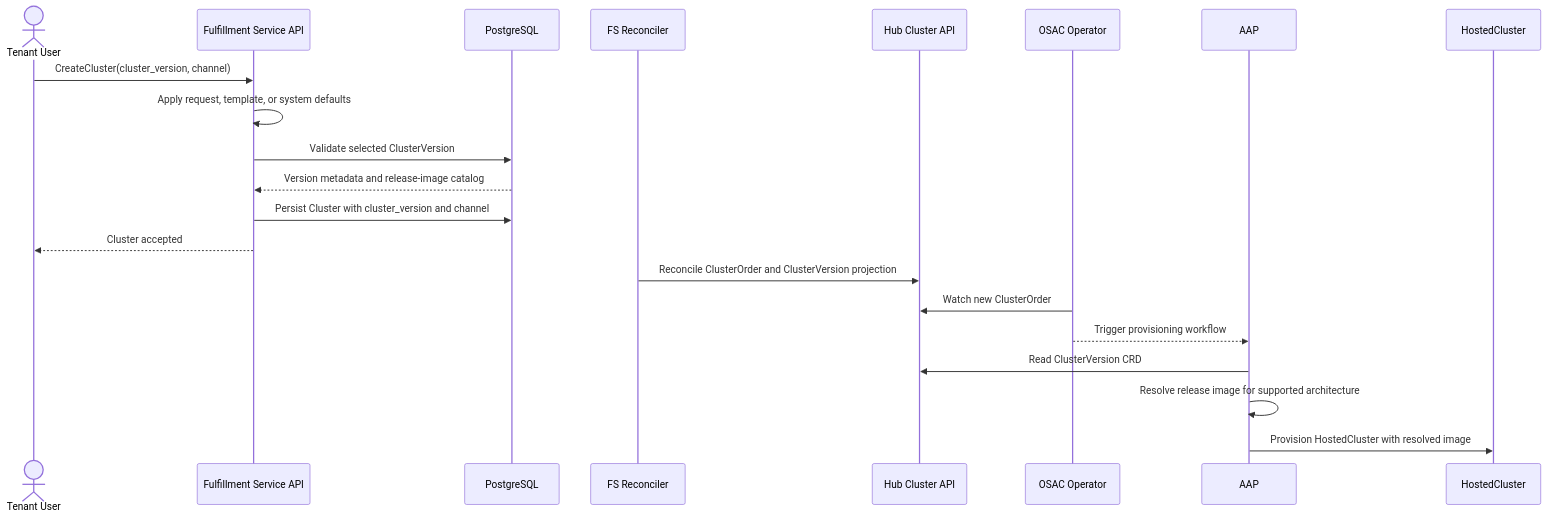
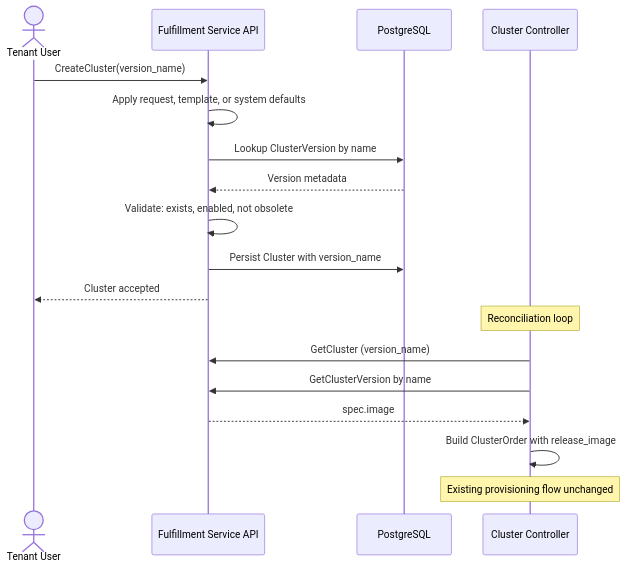
Before and after one commit to osac-project/enhancement-proposals: the first of 2 diagrams in enhancements/cluster-version-api/README.md, drawn with Mermaid. The commit also changed other lines of this file and 1 other file, not shown here.

Commit message:
OSAC-1269: update design and PRD for review feedback

````diff
--- a/enhancements/cluster-version-api/README.md
+++ b/enhancements/cluster-version-api/README.md
@@ -98,24 +75,22 @@
 ```mermaid
 sequenceDiagram
     actor User as Tenant User
-    participant FS as Fulfillment Service API
+    participant API as Fulfillment Service API
     participant DB as PostgreSQL
-    participant Rec as FS Reconciler
-    participant Hub as Hub Cluster API
-    participant Op as OSAC Operator
-    participant AAP as AAP
-    participant HC as HostedCluster
+    participant Ctrl as Cluster Controller
 
-    User->>FS: CreateCluster(cluster_version, channel)
-    FS->>FS: Apply request, template, or system defaults
-    FS->>DB: Validate selected ClusterVersion
-    DB-->>FS: Version metadata and release-image catalog
-    FS->>DB: Persist Cluster with cluster_version and channel
-    FS-->>User: Cluster accepted
-    Rec->>Hub: Reconcile ClusterOrder and ClusterVersion projection
-    Op->>Hub: Watch new ClusterOrder
-    Op-->>AAP: Trigger provisioning workflow
-    AAP->>Hub: Read ClusterVersion CRD
-    AAP->>AAP: Resolve release image for supported architecture
-    AAP->>HC: Provision HostedCluster with resolved image
+    User->>API: CreateCluster(version_name)
+    API->>API: Apply request, template, or system defaults
+    API->>DB: Lookup ClusterVersion by name
+    DB-->>API: Version metadata
+    API->>API: Validate: exists, enabled, not obsolete
+    API->>DB: Persist Cluster with version_name
+    API-->>User: Cluster accepted
+
+    Note over Ctrl: Reconciliation loop
+    Ctrl->>API: GetCluster (version_name)
+    Ctrl->>API: GetClusterVersion by name
+    API-->>Ctrl: spec.image
+    Ctrl->>Ctrl: Build ClusterOrder with release_image
+    Note over Ctrl: Existing provisioning flow unchanged
 ```
````
